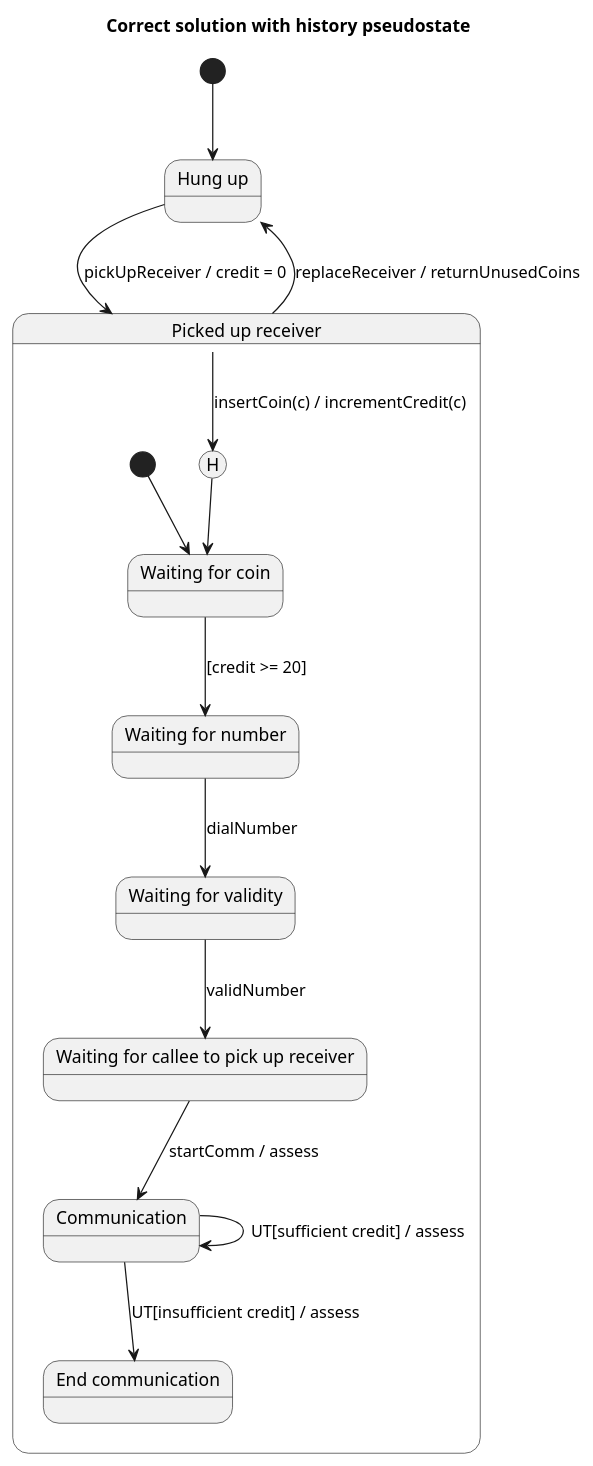
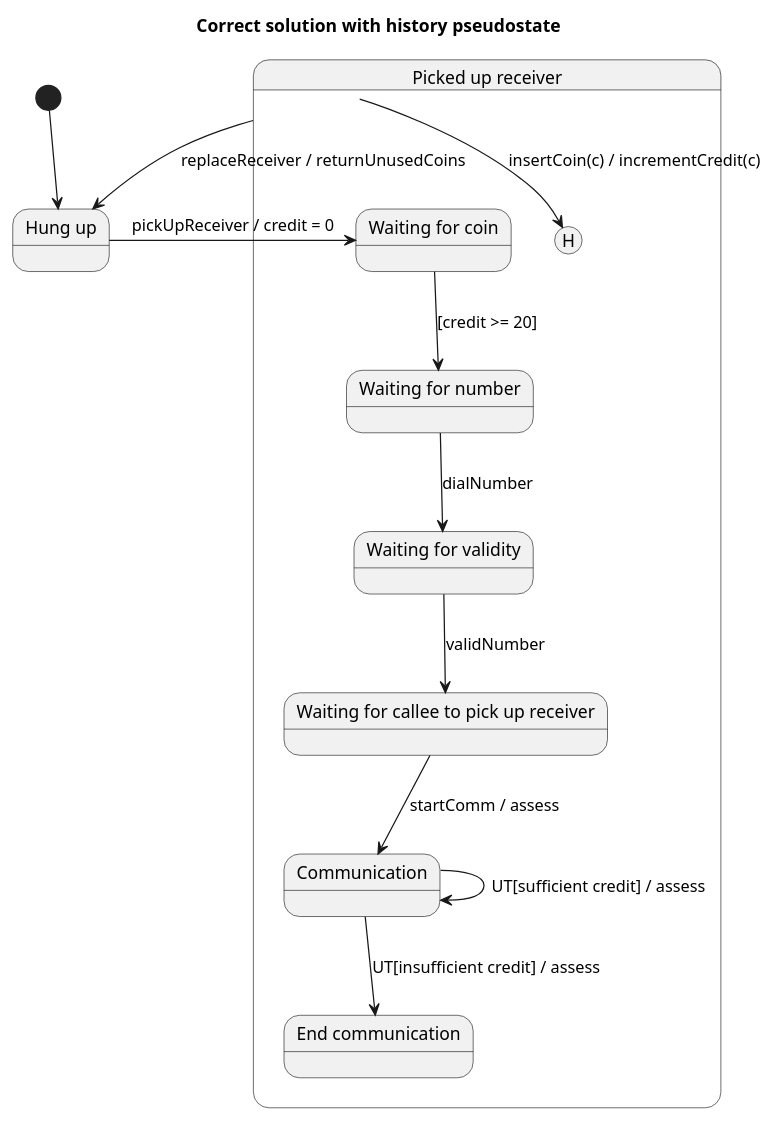
The diagram in dataset/case_42_coin_operated_pay_phone/diagram.puml (maimunafaria/State_transition_Diagram_generated_by_LLM), drawn with PlantUML before and after one commit. The commit also changed 36 other files, not shown here.

Commit message:
verifying diagram ( plantuml )

```diff
--- a/dataset/case_42_coin_operated_pay_phone/diagram.puml
+++ b/dataset/case_42_coin_operated_pay_phone/diagram.puml
@@ -1,34 +1,34 @@
 @startuml
 title Correct solution with history pseudostate
 
 state "Hung up" as HungUp
 [*] --> HungUp
 
 state "Picked up receiver" as PickedUp {
 
     state H <<history>>
 
     state "Waiting for coin" as WaitingCoin
     state "Waiting for number" as WaitingNumber
     state "Waiting for validity" as WaitingValidity
     state "Waiting for callee to pick up receiver" as WaitingCallee
     state Communication
     state "End communication" as EndCommunication
 
-    [*] --> WaitingCoin
-    H --> WaitingCoin
+    HungUp --> WaitingCoin : pickUpReceiver / credit = 0
+    
 
     WaitingCoin --> WaitingNumber : [credit >= 20]
     WaitingNumber --> WaitingValidity : dialNumber
     WaitingValidity --> WaitingCallee : validNumber
     WaitingCallee --> Communication : startComm / assess
 
     Communication --> Communication : UT[sufficient credit] / assess
     Communication --> EndCommunication : UT[insufficient credit] / assess
 }
 
-HungUp --> PickedUp : pickUpReceiver / credit = 0
+
 PickedUp --> H : insertCoin(c) / incrementCredit(c)
 PickedUp --> HungUp : replaceReceiver / returnUnusedCoins
 
 @enduml
```
